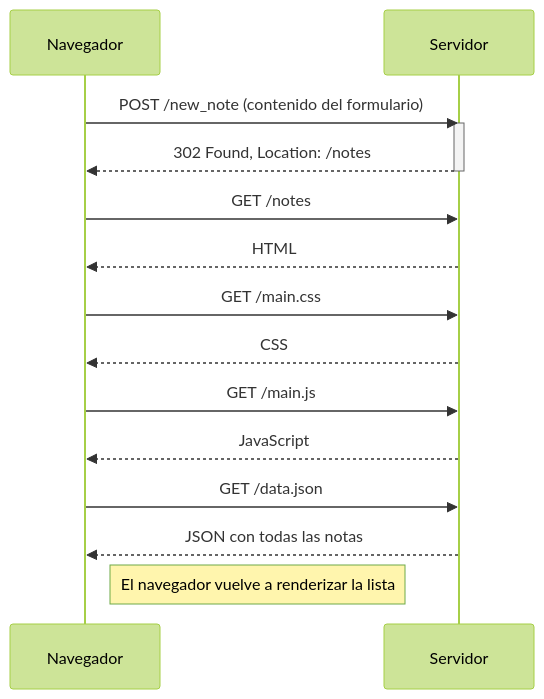
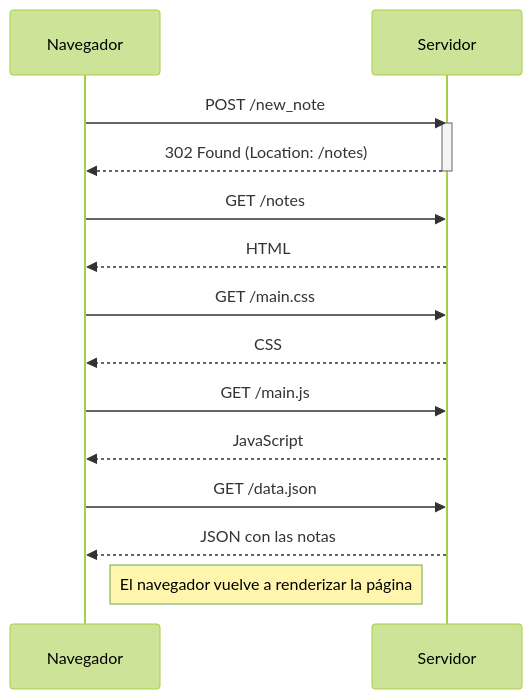
One commit to facchinn/full-stack-open changed the first of 3 diagrams in part0/README.md. Above: the diagram before and after it, drawn with Mermaid (forest theme). The commit also changed other lines of this file, not shown here.

Commit message:
Rewrite part 0 notes in personal style

````diff
--- a/part0/README.md
+++ b/part0/README.md
@@ -7,18 +11,21 @@
 ```mermaid
 sequenceDiagram
     participant browser as Navegador
     participant server as Servidor
-    browser->>server: POST /new_note (contenido del formulario)
+
+    browser->>server: POST /new_note
     activate server
-    server-->>browser: 302 Found, Location: /notes
+    server-->>browser: 302 Found (Location: /notes)
     deactivate server
+
     browser->>server: GET /notes
     server-->>browser: HTML
     browser->>server: GET /main.css
     server-->>browser: CSS
     browser->>server: GET /main.js
     server-->>browser: JavaScript
     browser->>server: GET /data.json
-    server-->>browser: JSON con todas las notas
-    Note right of browser: El navegador vuelve a renderizar la lista
+    server-->>browser: JSON con las notas
+
+    Note right of browser: El navegador vuelve a renderizar la página
 ```
````
